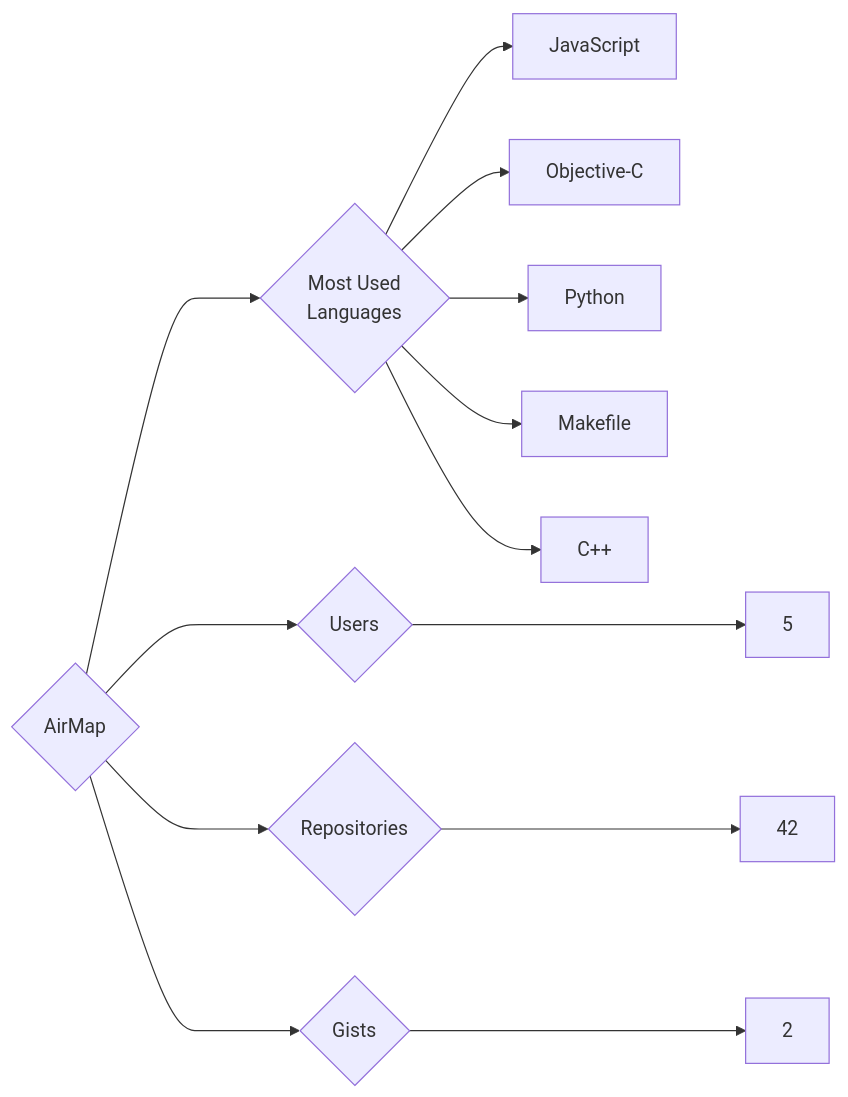
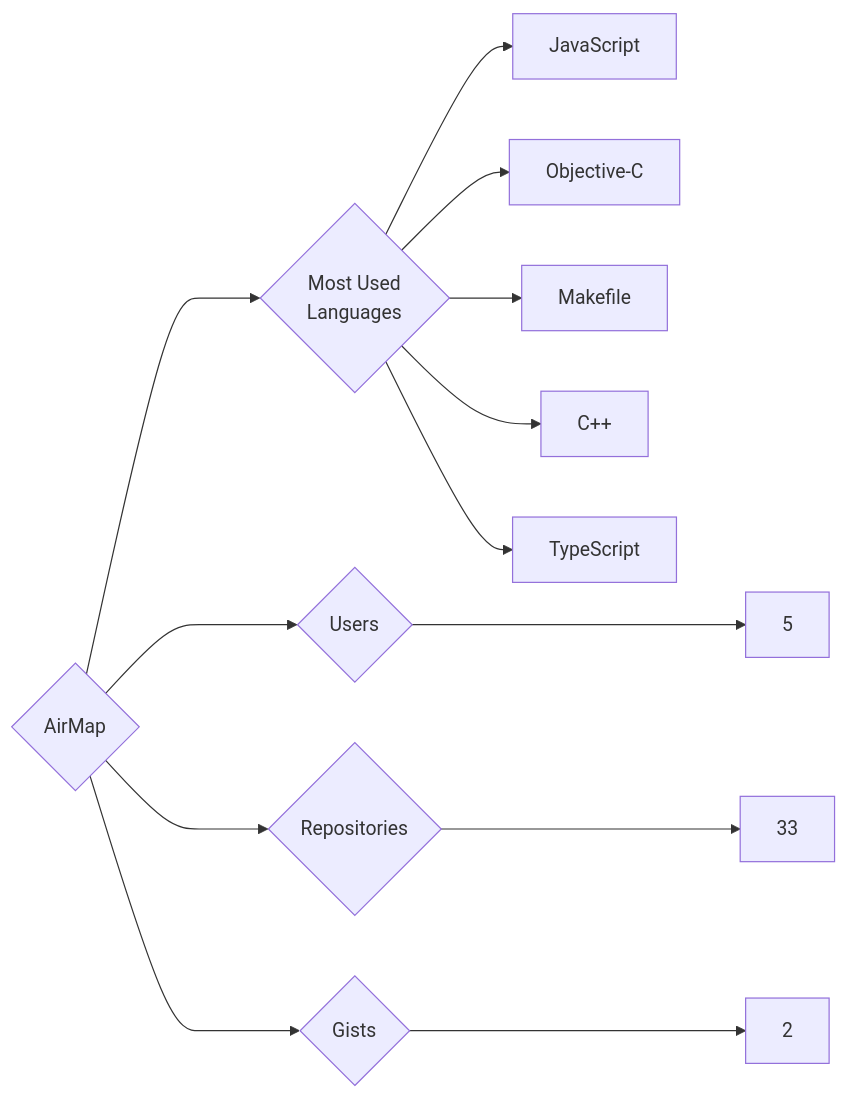
One commit to trickest/insiders changed the diagram in targets/AirMap/README.md. Above: the diagram before and after it, drawn with Mermaid. The commit also changed 1030 other files, not shown here.

````diff
--- a/targets/AirMap/README.md
+++ b/targets/AirMap/README.md
@@ -3,13 +3,13 @@
 ```mermaid
 graph LR
 COMPANY_NAME{AirMap}
 COMPANY_NAME ---> U{Users} ---> UN[5]
-COMPANY_NAME ---> R{Repositories} ---> RN[42]
+COMPANY_NAME ---> R{Repositories} ---> RN[33]
 COMPANY_NAME ---> G{Gists} ---> GN[2]
 COMPANY_NAME ---> ML{Most Used<br>Languages}
 ML --> JavaScript[JavaScript]
 ML --> Objective-C[Objective-C]
-ML --> Python[Python]
 ML --> Makefile[Makefile]
 ML --> C++[C++]
+ML --> TypeScript[TypeScript]
 ```
````
